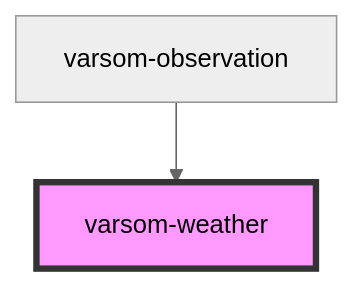
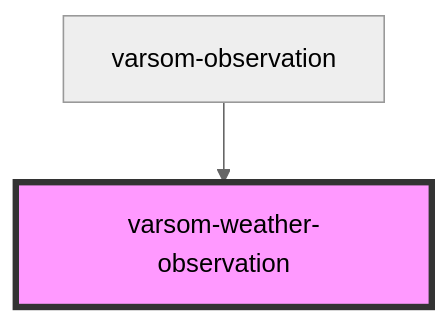
One commit to NVE/varsom-observation changed the diagram in observasjonskort/src/components/varsom-weather-observation/readme.md. Above: the diagram before and after it, drawn with Mermaid (neutral theme). The commit also changed other lines of this file and 13 other files, not shown here.

````diff
--- a/observasjonskort/src/components/varsom-weather-observation/readme.md
+++ b/observasjonskort/src/components/varsom-weather-observation/readme.md
@@ -24,5 +30,5 @@
 ```mermaid
 graph TD;
-  varsom-observation --> varsom-weather
-  style varsom-weather fill:#f9f,stroke:#333,stroke-width:4px
+  varsom-observation --> varsom-weather-observation
+  style varsom-weather-observation fill:#f9f,stroke:#333,stroke-width:4px
 ```
````
